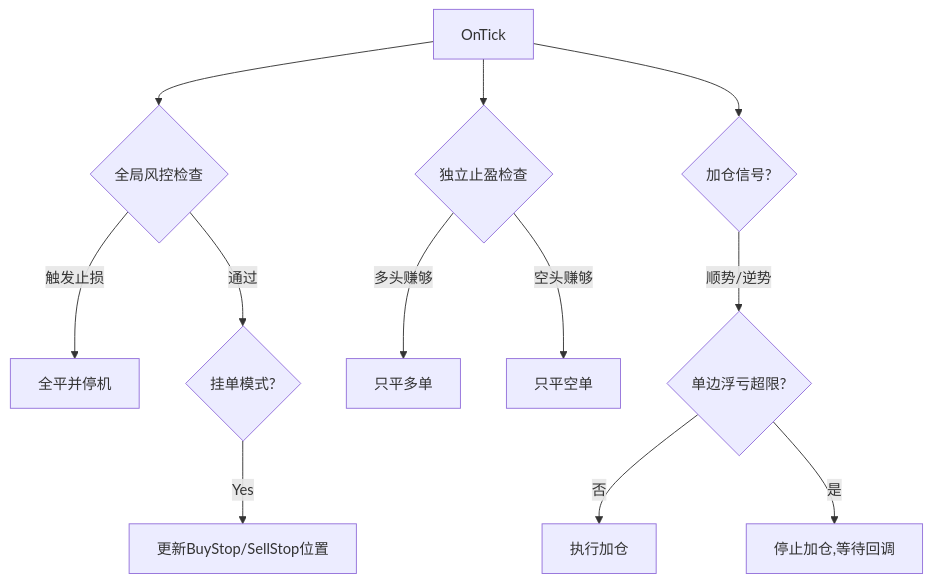
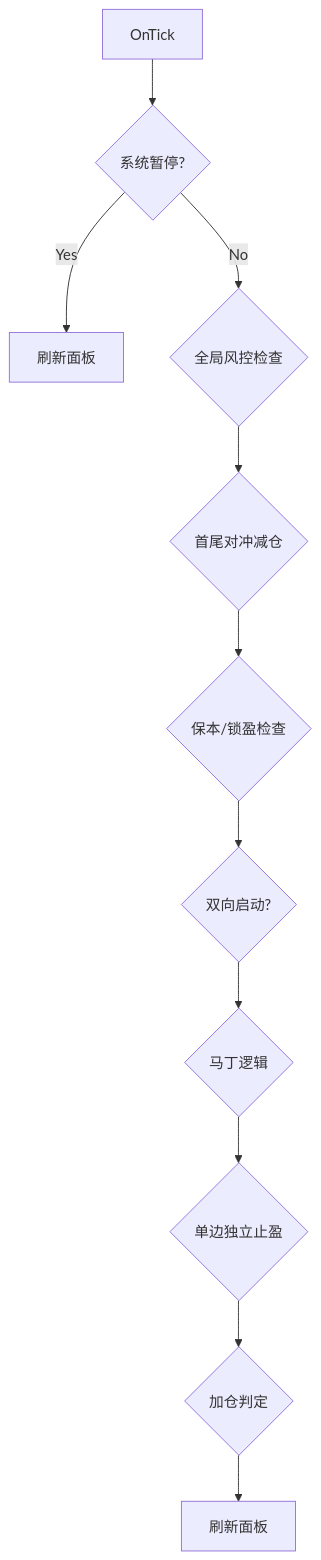
Before and after one commit to Jingkzhou/QuantTrader: the diagram in Requirements.md, drawn with Mermaid. The commit also changed other lines of this file, not shown here.

````diff
--- a/Requirements.md
+++ b/Requirements.md
@@ -60,17 +104,13 @@
 ```mermaid
 graph TD
-    Start[OnTick] --> Risk{全局风控检查}
-    Risk -- 触发止损 --> CloseAll[全平并停机]
-    Risk -- 通过 --> Pending{挂单模式?}
-    
-    Pending -- Yes --> UpdatePending[更新BuyStop/SellStop位置]
-    
-    Start --> SplitTP{独立止盈检查}
-    SplitTP -- 多头赚够 --> CloseBuy[只平多单]
-    SplitTP -- 空头赚够 --> CloseSell[只平空单]
-    
-    Start --> Signal{加仓信号?}
-    Signal -- 顺势/逆势 --> CheckSideLoss{单边浮亏超限?}
-    CheckSideLoss -- 否 --> AddOrder[执行加仓]
-    CheckSideLoss -- 是 --> Wait[停止加仓,等待回调]
+    Start[OnTick] --> Pause{系统暂停?}
+    Pause -- Yes --> UIOnly[刷新面板]
+    Pause -- No --> Risk{全局风控检查}
+    Risk --> Hedge{首尾对冲减仓}
+    Hedge --> BE{保本/锁盈检查}
+    BE --> Dual{双向启动?}
+    Dual --> Martingale{马丁逻辑}
+    Martingale --> TP{单边独立止盈}
+    TP --> Add{加仓判定}
+    Add --> UI[刷新面板]
 ```
````
